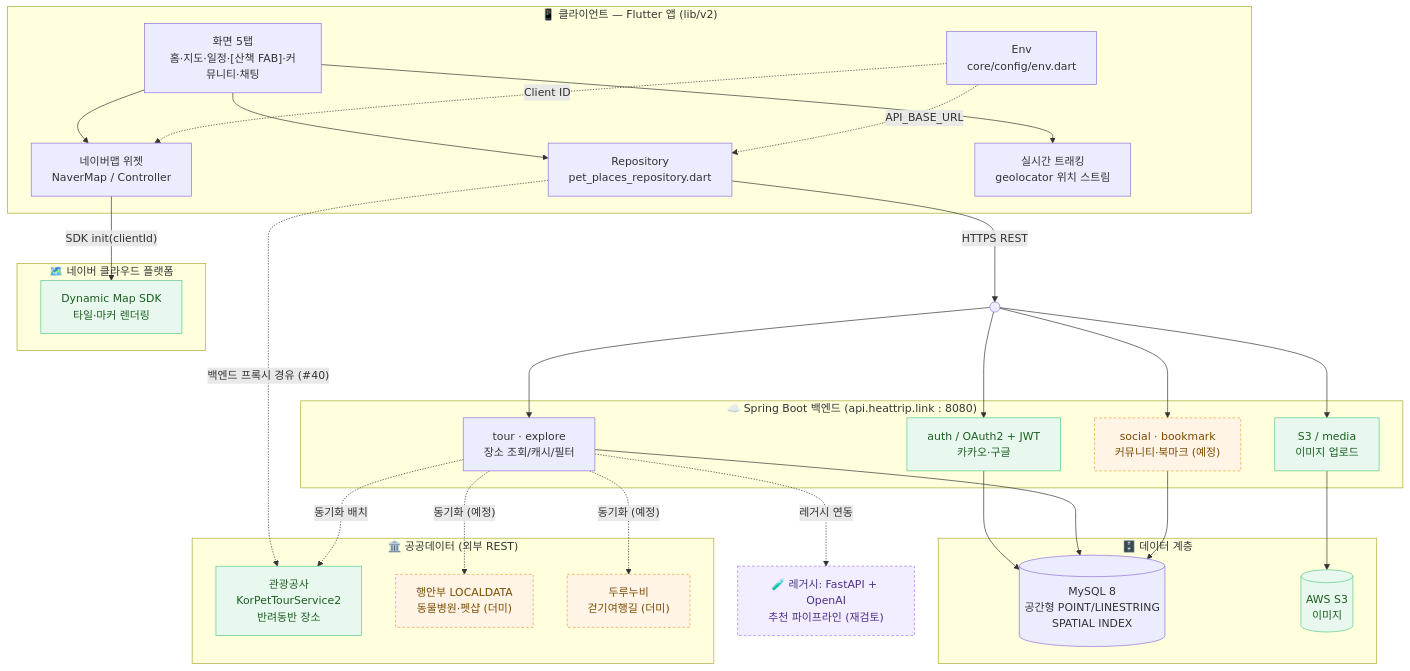
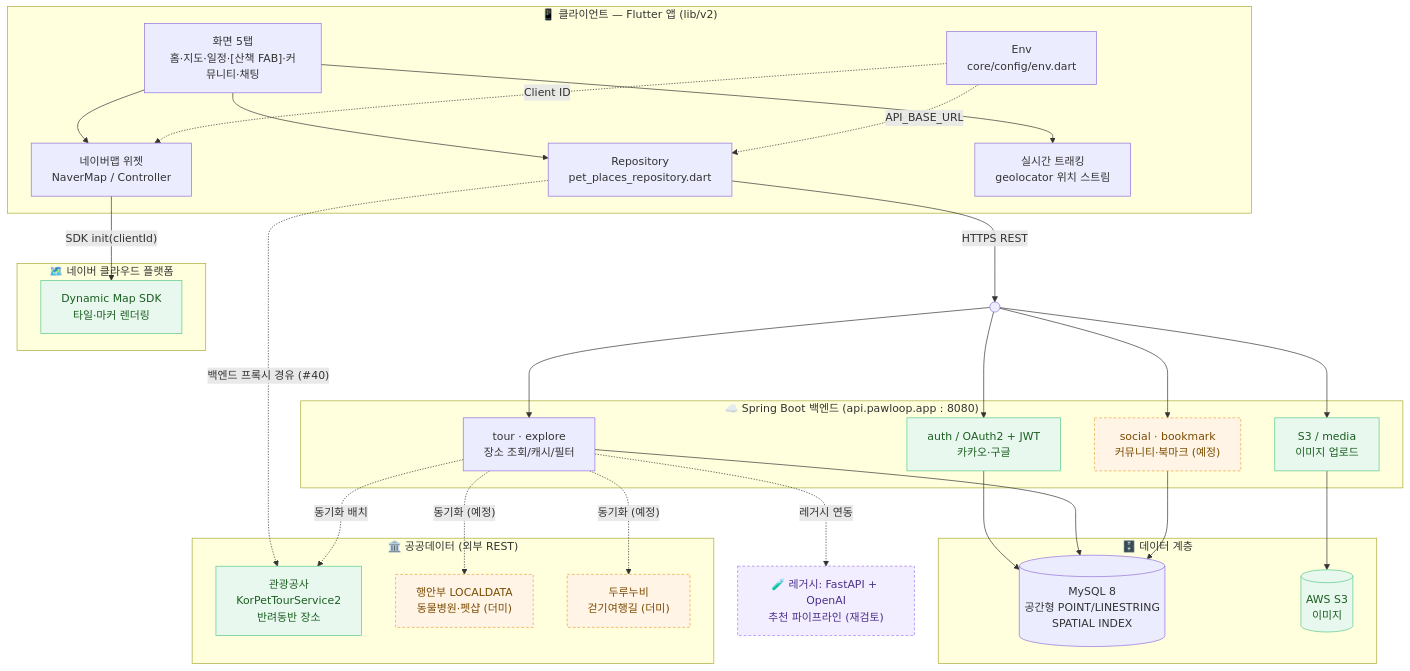
The first of 5 diagrams in docs/02-architecture/system-overview.md (sanghyunbang/pawloop), drawn with Mermaid before and after one commit. The commit also changed other lines of this file and 10 other files, not shown here.

````diff
--- a/docs/02-architecture/system-overview.md
+++ b/docs/02-architecture/system-overview.md
@@ -27,66 +27,66 @@
 ```mermaid
 flowchart TB
     subgraph client["📱 클라이언트 — Flutter 앱 (lib/v2)"]
         UI["화면 5탭<br/>홈·지도·일정·[산책 FAB]·커뮤니티·채팅"]
         REPO["Repository<br/>pet_places_repository.dart"]
         MAP["네이버맵 위젯<br/>NaverMap / Controller"]
         GPS["실시간 트래킹<br/>geolocator 위치 스트림"]
         ENV["Env<br/>core/config/env.dart"]
     end
 
     subgraph naver["🗺️ 네이버 클라우드 플랫폼"]
         NSDK["Dynamic Map SDK<br/>타일·마커 렌더링"]
     end
 
     subgraph public["🏛️ 공공데이터 (외부 REST)"]
         KTO["관광공사<br/>KorPetTourService2<br/>반려동반 장소"]
         LOCAL["행안부 LOCALDATA<br/>동물병원·펫샵 (더미)"]
         DURU["두루누비<br/>걷기여행길 (더미)"]
     end
 
-    subgraph backend["☁️ Spring Boot 백엔드 (api.heattrip.link : 8080)"]
+    subgraph backend["☁️ Spring Boot 백엔드 (api.pawloop.app : 8080)"]
         AUTH["auth / OAuth2 + JWT<br/>카카오·구글"]
         TOUR["tour · explore<br/>장소 조회/캐시/필터"]
         SOCIAL["social · bookmark<br/>커뮤니티·북마크 (예정)"]
         S3SVC["S3 / media<br/>이미지 업로드"]
     end
 
     subgraph data["🗄️ 데이터 계층"]
         MYSQL[("MySQL 8<br/>공간형 POINT/LINESTRING<br/>SPATIAL INDEX")]
         S3[("AWS S3<br/>이미지")]
     end
 
     LEGACY["🧪 레거시: FastAPI + OpenAI<br/>추천 파이프라인 (재검토)"]
 
     UI --> REPO
     UI --> MAP
     UI --> GPS
     REPO -->|"HTTPS REST"| BACKENDGW(( ))
     ENV -. "Client ID" .-> MAP
     ENV -. "API_BASE_URL" .-> REPO
 
     MAP -->|"SDK init(clientId)"| NSDK
     REPO -.->|"백엔드 프록시 경유 (#40)"| KTO
 
     BACKENDGW --> AUTH
     BACKENDGW --> TOUR
     BACKENDGW --> SOCIAL
     BACKENDGW --> S3SVC
 
     AUTH --> MYSQL
     TOUR --> MYSQL
     SOCIAL --> MYSQL
     S3SVC --> S3
 
     TOUR -.->|"동기화 배치"| KTO
     TOUR -.->|"동기화 (예정)"| LOCAL
     TOUR -.->|"동기화 (예정)"| DURU
     TOUR -.->|"레거시 연동"| LEGACY
 
     classDef done fill:#E8F8EE,stroke:#57C98A,color:#1b5e20;
     classDef dummy fill:#FFF4E6,stroke:#EFA13C,color:#7a4b00,stroke-dasharray:4 3;
     classDef legacy fill:#F3EEFF,stroke:#9B7BFF,color:#4a2f8a,stroke-dasharray:4 3;
     class NSDK,KTO,AUTH,S3SVC,S3 done;
     class LOCAL,DURU,SOCIAL dummy;
     class LEGACY legacy;
 ```
````
